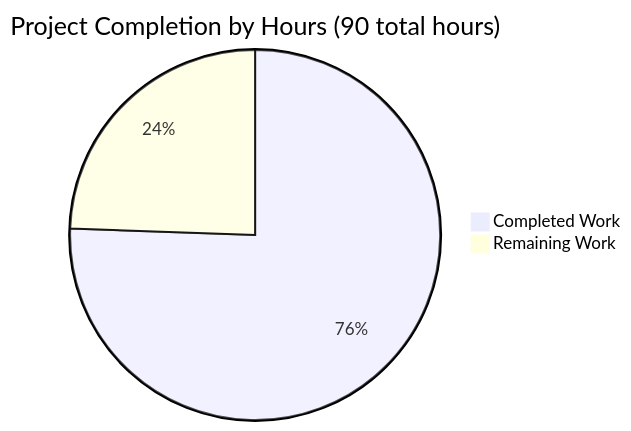
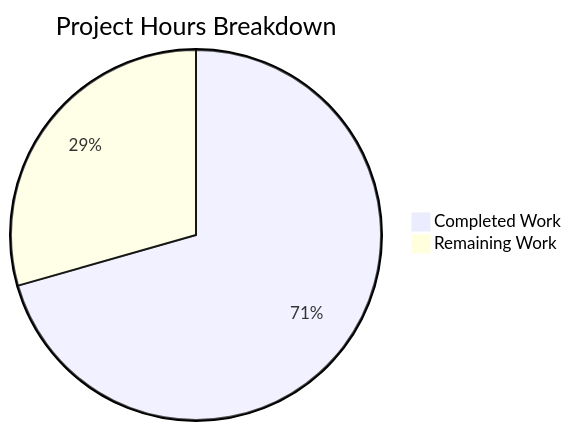
The second of 2 diagrams in blitzy/documentation/Project Guide.md (sudhanshu-spec/test-spec), drawn with Mermaid before and after one commit. The commit also changed other lines of this file, not shown here.

Commit message:
Adding Blitzy Project Guide: Project Status and Human Tasks Remaining

````diff
--- a/blitzy/documentation/Project Guide.md
+++ b/blitzy/documentation/Project Guide.md
@@ -89,5 +193,5 @@
 ```mermaid
-pie title Project Completion by Hours (90 total hours)
-    "Completed Work" : 68
-    "Remaining Work" : 22
+pie title Project Hours Breakdown
+    "Completed Work" : 12
+    "Remaining Work" : 5
 ```
````
